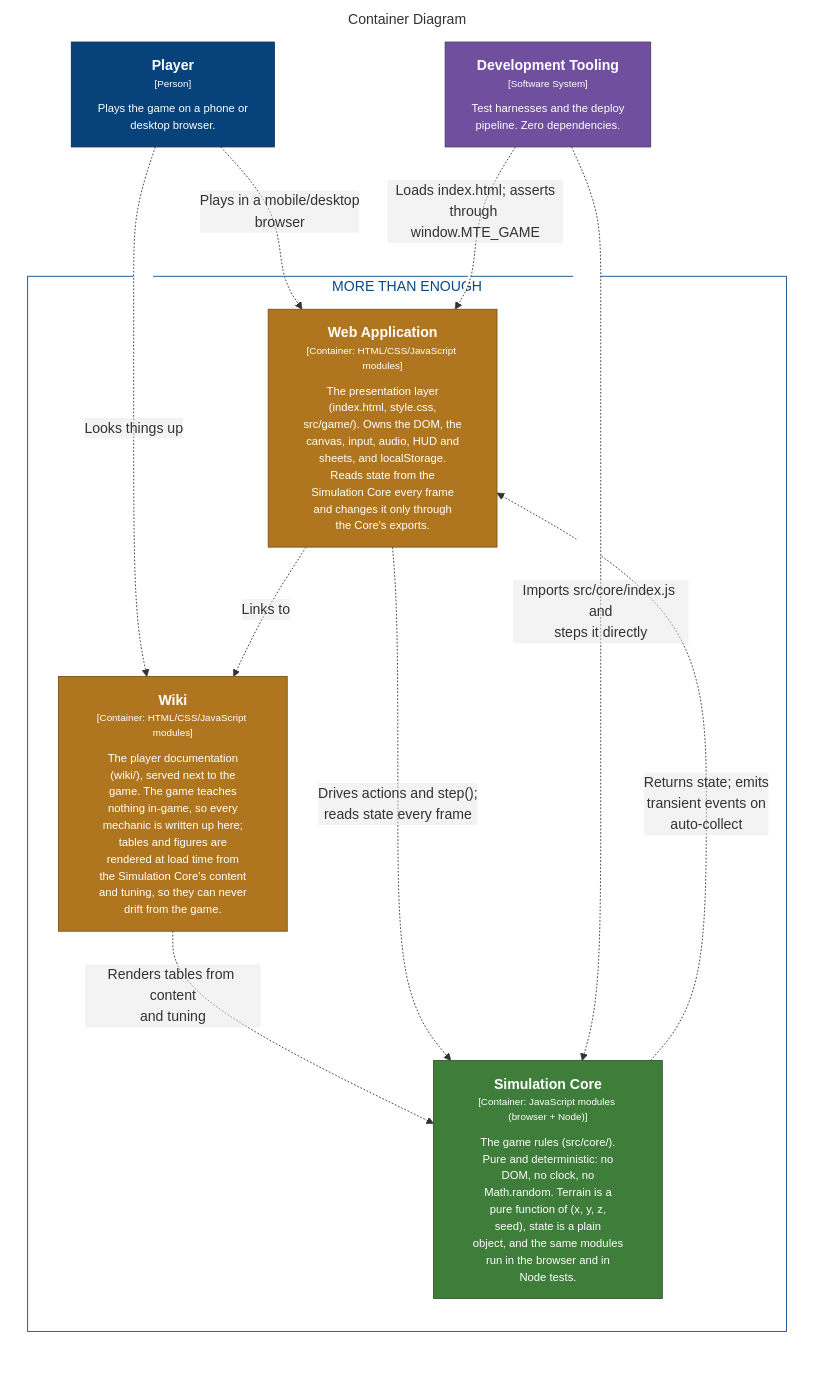
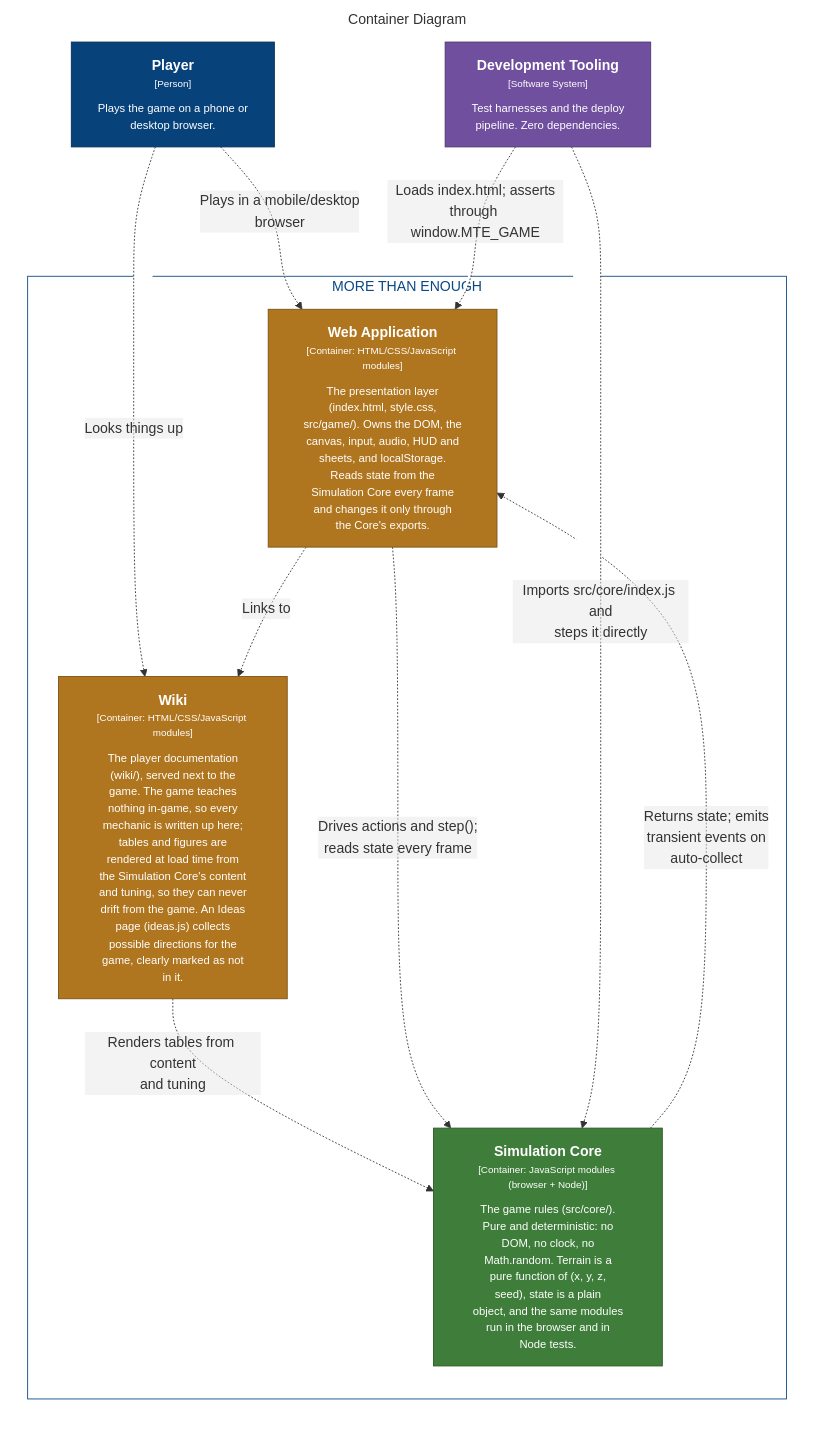
One commit to bitkojine/more-than-enough changed the diagram in structurizr/diagrams/Containers.mmd. Above: the diagram before and after it, drawn with Mermaid. The commit also changed 11 other files, not shown here.

First line of the commit message:
wiki: an Ideas page of directions the game could take next

```diff
--- a/structurizr/diagrams/Containers.mmd
+++ b/structurizr/diagrams/Containers.mmd
@@ -1,33 +1,33 @@
 %% Generated from structurizr/workspace.dsl — do not edit; run: node structurizr/scripts/structurizr.mjs mermaid
 graph LR
   linkStyle default fill:#ffffff
 
   subgraph diagram ["Container Diagram"]
     style diagram fill:#ffffff,stroke:#ffffff
 
     1["<div style='font-weight: bold'>Player</div><div style='font-size: 70%; margin-top: 0px'>[Person]</div><div style='font-size: 80%; margin-top:10px'>Plays the game on a phone or<br />desktop browser.</div>"]
     style 1 fill:#08427b,stroke:#052e56,color:#ffffff
     21["<div style='font-weight: bold'>Development Tooling</div><div style='font-size: 70%; margin-top: 0px'>[Software System]</div><div style='font-size: 80%; margin-top:10px'>Test harnesses and the deploy<br />pipeline. Zero dependencies.</div>"]
     style 21 fill:#6f4f9e,stroke:#4d376e,color:#ffffff
 
     subgraph 3 ["MORE THAN ENOUGH"]
       style 3 fill:#ffffff,stroke:#0b4884,color:#0b4884
 
-      14["<div style='font-weight: bold'>Wiki</div><div style='font-size: 70%; margin-top: 0px'>[Container: HTML/CSS/JavaScript modules]</div><div style='font-size: 80%; margin-top:10px'>The player documentation<br />(wiki/), served next to the<br />game. The game teaches<br />nothing in-game, so every<br />mechanic is written up here;<br />tables and figures are<br />rendered at load time from<br />the Simulation Core's content<br />and tuning, so they can never<br />drift from the game.</div>"]
+      14["<div style='font-weight: bold'>Wiki</div><div style='font-size: 70%; margin-top: 0px'>[Container: HTML/CSS/JavaScript modules]</div><div style='font-size: 80%; margin-top:10px'>The player documentation<br />(wiki/), served next to the<br />game. The game teaches<br />nothing in-game, so every<br />mechanic is written up here;<br />tables and figures are<br />rendered at load time from<br />the Simulation Core's content<br />and tuning, so they can never<br />drift from the game. An Ideas<br />page (ideas.js) collects<br />possible directions for the<br />game, clearly marked as not<br />in it.</div>"]
       style 14 fill:#b0761f,stroke:#7b5215,color:#ffffff
       15["<div style='font-weight: bold'>Simulation Core</div><div style='font-size: 70%; margin-top: 0px'>[Container: JavaScript modules (browser + Node)]</div><div style='font-size: 80%; margin-top:10px'>The game rules (src/core/).<br />Pure and deterministic: no<br />DOM, no clock, no<br />Math.random. Terrain is a<br />pure function of (x, y, z,<br />seed), state is a plain<br />object, and the same modules<br />run in the browser and in<br />Node tests.</div>"]
       style 15 fill:#3f7d3a,stroke:#2c5728,color:#ffffff
       4["<div style='font-weight: bold'>Web Application</div><div style='font-size: 70%; margin-top: 0px'>[Container: HTML/CSS/JavaScript modules]</div><div style='font-size: 80%; margin-top:10px'>The presentation layer<br />(index.html, style.css,<br />src/game/). Owns the DOM, the<br />canvas, input, audio, HUD and<br />sheets, and localStorage.<br />Reads state from the<br />Simulation Core every frame<br />and changes it only through<br />the Core's exports.</div>"]
       style 4 fill:#b0761f,stroke:#7b5215,color:#ffffff
     end
 
     1-. "<div>Plays in a mobile/desktop<br />browser</div><div style='font-size: 70%'></div>" .->4
     1-. "<div>Looks things up</div><div style='font-size: 70%'></div>" .->14
     4-. "<div>Links to</div><div style='font-size: 70%'></div>" .->14
     14-. "<div>Renders tables from content<br />and tuning</div><div style='font-size: 70%'></div>" .->15
     4-. "<div>Drives actions and step();<br />reads state every frame</div><div style='font-size: 70%'></div>" .->15
     15-. "<div>Returns state; emits<br />transient events on<br />auto-collect</div><div style='font-size: 70%'></div>" .->4
     21-. "<div>Imports src/core/index.js and<br />steps it directly</div><div style='font-size: 70%'></div>" .->15
     21-. "<div>Loads index.html; asserts<br />through window.MTE_GAME</div><div style='font-size: 70%'></div>" .->4
 
   end
```
